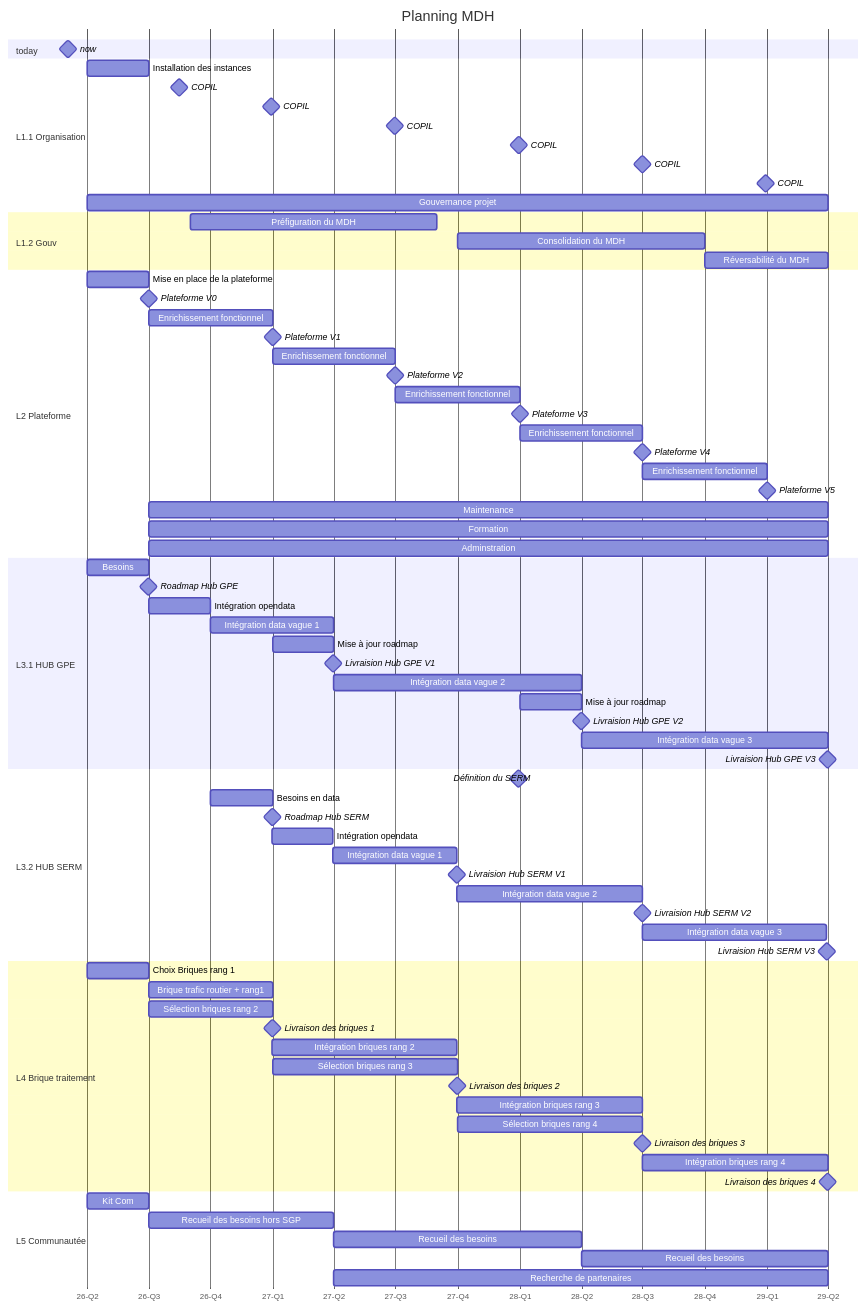
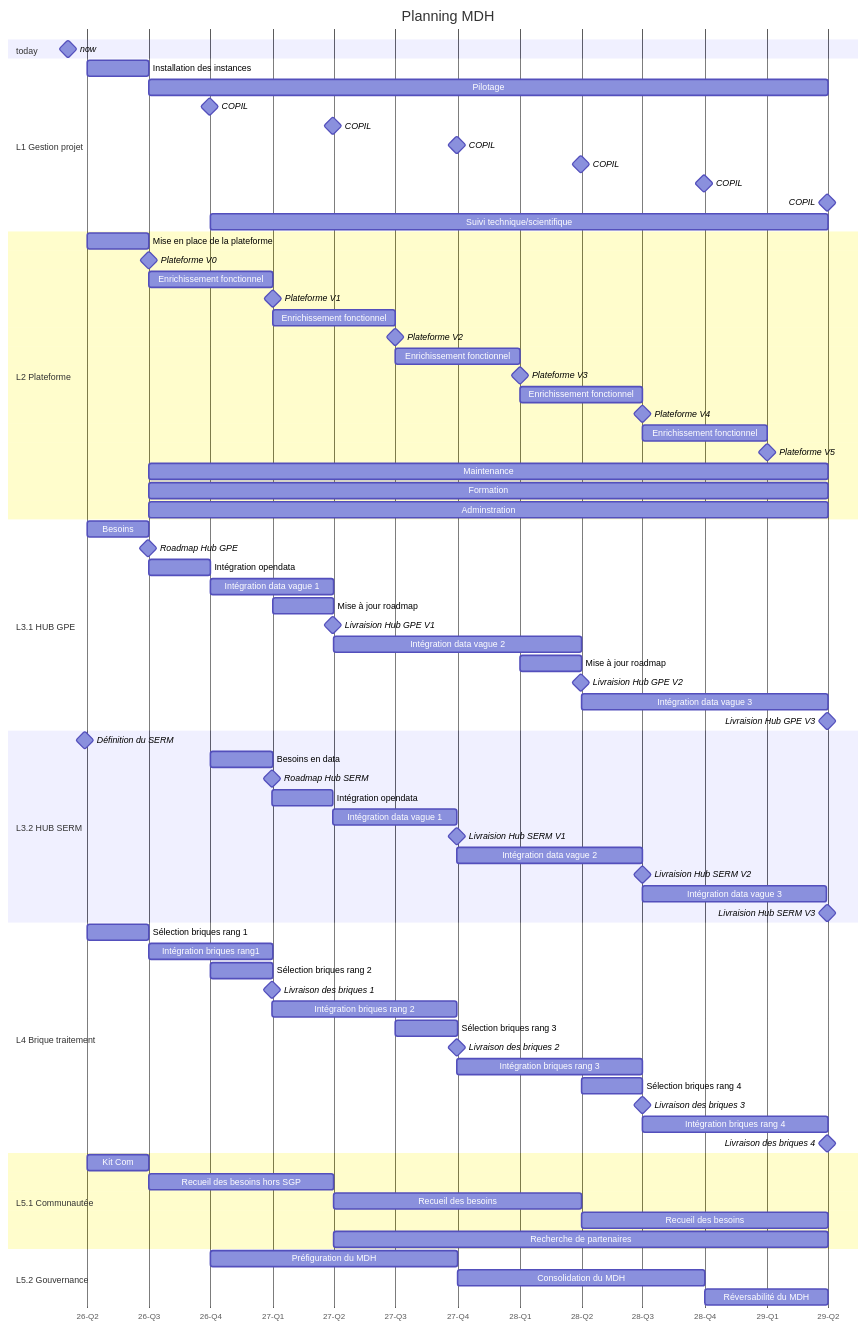
One commit to cdamas-cerema/test changed the diagram in README.md. Above: the diagram before and after it, drawn with Mermaid.

Commit message:
Update project management sections in README

````diff
--- a/README.md
+++ b/README.md
@@ -10,79 +10,83 @@
         %% This task forces the chart to start at the beginning of the year
         now : milestone, m1, 2026-03-04, 0d
 
-    section L1.1 Organisation
+    section L1 Gestion projet
         Installation des instances           :a1, 2026-04-01, 3M
-        COPIL                                :milestone, 2026-09-30
-        COPIL                                :milestone, 2027-03-31
-        COPIL                                :milestone, 2027-09-30
-        COPIL                                :milestone, 2028-03-31
-        COPIL                                :milestone, 2028-09-30
-        COPIL                                :milestone, 2029-03-31
-        Gouvernance projet                   :2026-04-01, 36M
-        
-    section L1.2 Gouv
-        Préfiguration du MDH                 :2026-09-01, 12M
-        Consolidation du MDH                 :2027-10-01, 12M
-        Réversabilité du MDH                 :2028-10-01, 6M
+        Pilotage                             :2026-07-01, 33M
+        COPIL                                :milestone, 2026-09-30, 1m
+        COPIL                                :milestone, 2027-03-31, 1m
+        COPIL                                :milestone, 2027-09-30, 1m
+        COPIL                                :milestone, 2028-03-31, 1m
+        COPIL                                :milestone, 2028-09-30, 1m
+        COPIL                                :milestone, 2029-03-31, 1m
+        Suivi technique/scientifique         :2026-10-01, 30M
 
     section L2 Plateforme
         Mise en place de la plateforme       :2026-04-01, 3M
-        Plateforme V0                        :milestone, 2026-07-01
+        Plateforme V0                        :milestone, 2026-07-01, 1m
         Enrichissement fonctionnel           :6M
-        Plateforme V1                        :milestone, 2027-01-01
+        Plateforme V1                        :milestone, 2027-01-01, 1m
         Enrichissement fonctionnel           :6M
-        Plateforme V2                        :milestone, 2027-07-01
+        Plateforme V2                        :milestone, 2027-07-01, 1m
         Enrichissement fonctionnel           :6M
-        Plateforme V3                        :milestone, 2028-01-01
+        Plateforme V3                        :milestone, 2028-01-01, 1m
         Enrichissement fonctionnel           :6M
-        Plateforme V4                        :milestone, 2028-07-01
+        Plateforme V4                        :milestone, 2028-07-01, 1m
         Enrichissement fonctionnel           :6M
-        Plateforme V5                        :milestone, 2029-01-01
+        Plateforme V5                        :milestone, 2029-01-01, 1m
         Maintenance                          :2026-07-01, 33M
         Formation                            :2026-07-01, 33M
         Adminstration                        :2026-07-01, 33M
 
     section L3.1 HUB GPE
         Besoins                              :2026-04-01, 3M
-        Roadmap Hub GPE                      :milestone, 2026-06-30
+        Roadmap Hub GPE                      :milestone, 2026-06-30, 1m
         Intégration opendata                 :2026-07-01, 3M
         Intégration data vague 1             :2026-10-01, 6M
         Mise à jour roadmap                  :2027-01-01, 3M
-        Livraision Hub GPE V1                :milestone, 2027-03-31
+        Livraision Hub GPE V1                :milestone, 2027-03-31, 1m
         Intégration data vague 2             :2027-04-01, 12M
         Mise à jour roadmap                  :2028-01-01, 3M
-        Livraision Hub GPE V2                :milestone, 2028-03-31
+        Livraision Hub GPE V2                :milestone, 2028-03-31, 1m
         Intégration data vague 3             :2028-04-01, 12M
-        Livraision Hub GPE V3                :milestone, 2029-03-31
+        Livraision Hub GPE V3                :milestone, 2029-03-31, 1m
+
     section L3.2 HUB SERM
-        Définition du SERM                   :milestone, 2026-09-29
+        Définition du SERM                   :milestone, 2026-03-29, 1m
         Besoins en data                      :2026-10-01, 3M
-        Roadmap Hub SERM                     :milestone, 2026-12-31
+        Roadmap Hub SERM                     :milestone, 2026-12-31, 1m
         Intégration opendata                 :3M
         Intégration data vague 1             :6M
-        Livraision Hub SERM V1               :milestone, 2027-09-30
+        Livraision Hub SERM V1               :milestone, 2027-09-30, 1m
         Intégration data vague 2             :9M
-        Livraision Hub SERM V2               :milestone, 2028-06-30
+        Livraision Hub SERM V2               :milestone, 2028-06-30, 1m
         Intégration data vague 3             :9M
-        Livraision Hub SERM V3               :milestone, 2029-03-31
+        Livraision Hub SERM V3               :milestone, 2029-03-31, 1m
+
     section L4 Brique traitement
-        Choix Briques rang 1                 :2026-04-01, 3M
-        Brique trafic routier + rang1        :6M
-        Sélection briques rang 2             :2026-07-01, 6M
-        Livraison des briques 1              :milestone, 2026-12-31
+        Sélection briques rang 1             :2026-04-01, 3M
+        Intégration briques rang1            :6M
+        Sélection briques rang 2             :2026-10-01, 3M
+        Livraison des briques 1              :milestone, 2026-12-31, 1m
         Intégration briques rang 2           :9M
-        Sélection briques rang 3             :2027-01-01, 9M
-        Livraison des briques  2             :milestone, 2027-09-30
+        Sélection briques rang 3             :2027-07-01, 3M
+        Livraison des briques  2             :milestone, 2027-09-30, 1m
         Intégration briques rang 3           :9M
-        Sélection briques rang 4             :2027-10-01, 9M
-        Livraison des briques 3              :milestone, 2028-06-30
+        Sélection briques rang 4             :2028-04-01, 3M
+        Livraison des briques 3              :milestone, 2028-06-30, 1m
         Intégration briques rang 4           :2028-07-01, 9M
-        Livraison des briques 4              :milestone, 2029-03-31
-    section L5 Communautée
+        Livraison des briques 4              :milestone, 2029-03-31, 1m
+
+    section L5.1 Communautée
         Kit Com                              :2026-04-01, 3M
         Recueil des besoins  hors SGP        :9M
         Recueil des besoins                  :12M
         Recueil des besoins                  :12M
         Recherche de partenaires             :2027-04-01, 24M
+
+    section L5.2 Gouvernance
+        Préfiguration du MDH                 :2026-10-01, 12M
+        Consolidation du MDH                 :2027-10-01, 12M
+        Réversabilité du MDH                 :2028-10-01, 6M
         
 ```
````
